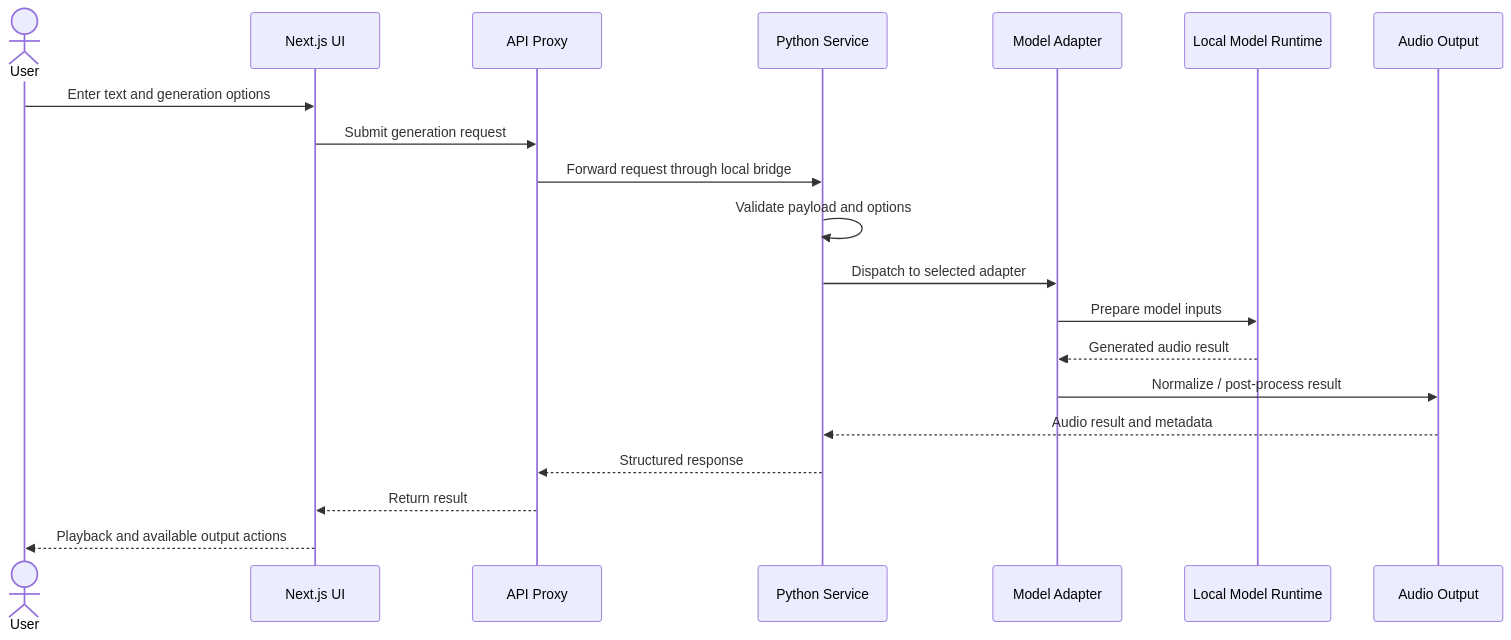
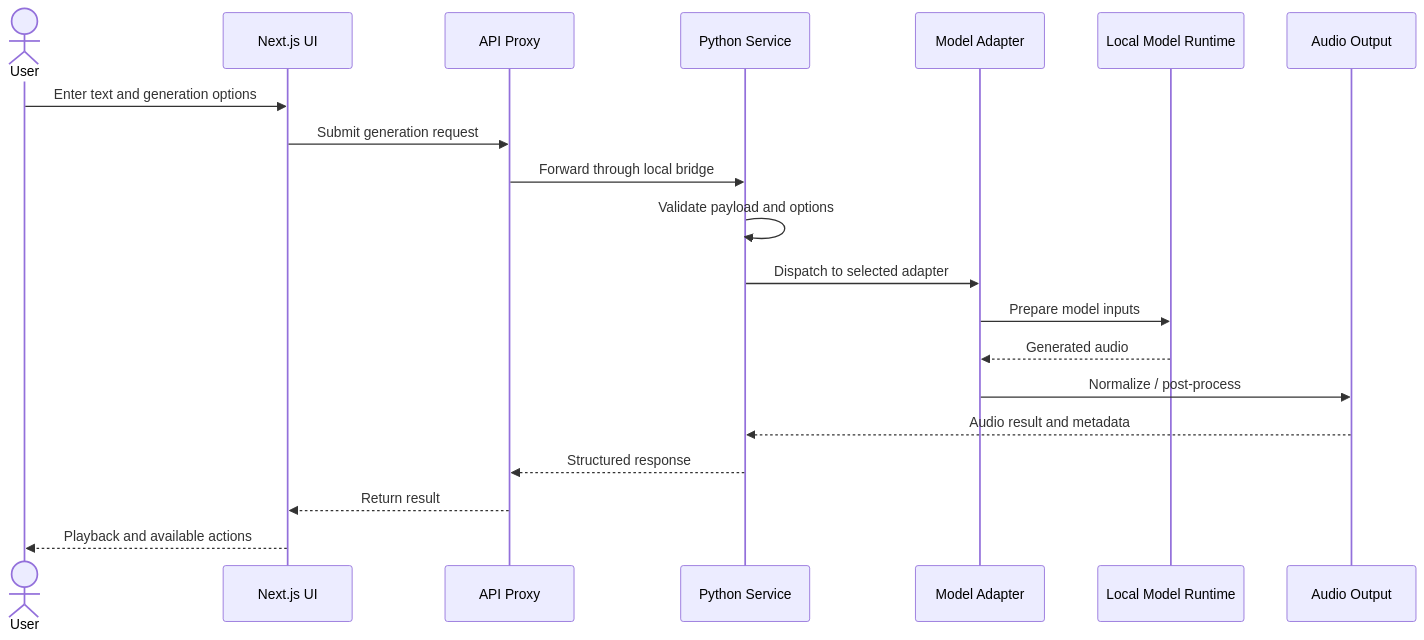
One commit to costaspinto/ArkByte-Voice-Studio changed the third of 5 diagrams in README.md. Above: the diagram before and after it, drawn with Mermaid. The commit also changed other lines of this file, not shown here.

````diff
--- a/README.md
+++ b/README.md
@@ -160,23 +222,23 @@
 ```mermaid
 sequenceDiagram
     actor User
     participant UI as Next.js UI
     participant Proxy as API Proxy
     participant API as Python Service
     participant Engine as Model Adapter
     participant Runtime as Local Model Runtime
     participant Output as Audio Output
 
     User->>UI: Enter text and generation options
     UI->>Proxy: Submit generation request
-    Proxy->>API: Forward request through local bridge
+    Proxy->>API: Forward through local bridge
     API->>API: Validate payload and options
     API->>Engine: Dispatch to selected adapter
     Engine->>Runtime: Prepare model inputs
-    Runtime-->>Engine: Generated audio result
-    Engine->>Output: Normalize / post-process result
+    Runtime-->>Engine: Generated audio
+    Engine->>Output: Normalize / post-process
     Output-->>API: Audio result and metadata
     API-->>Proxy: Structured response
     Proxy-->>UI: Return result
-    UI-->>User: Playback and available output actions
+    UI-->>User: Playback and available actions
 ```
````
